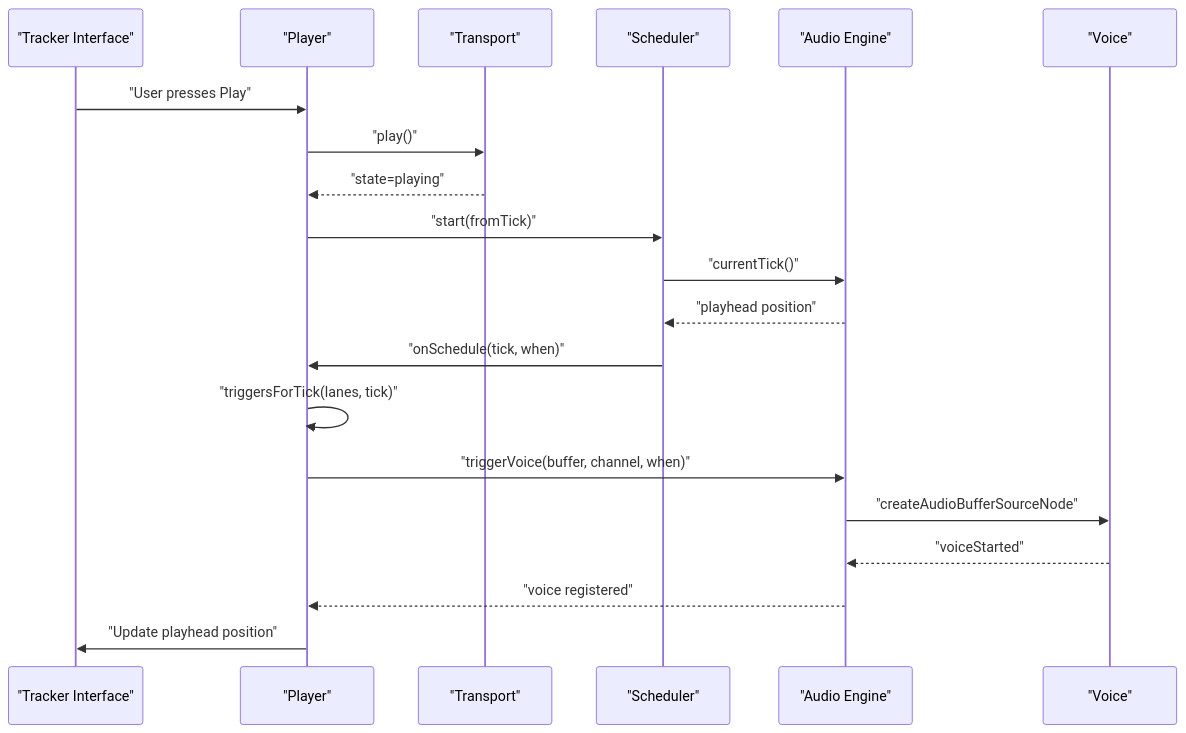
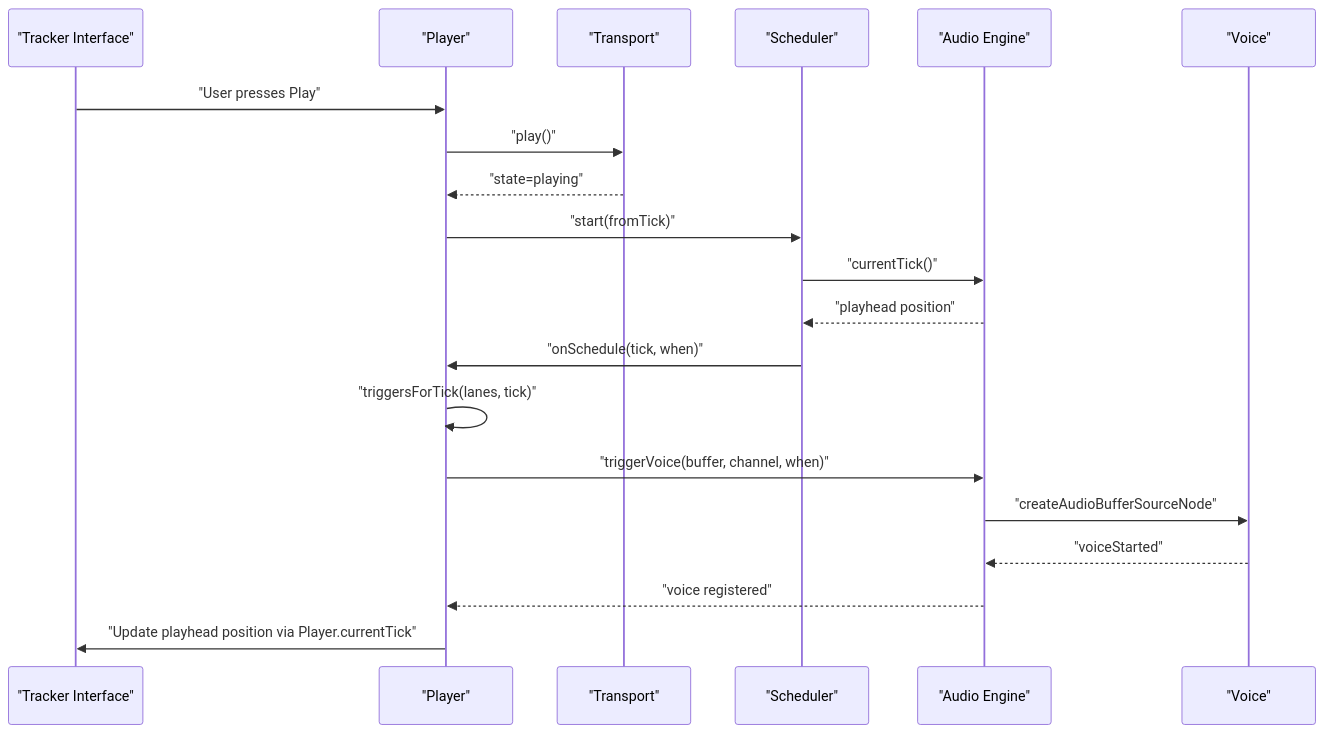
The second of 12 diagrams in .qoder/repowiki/en/content/Audio Engine/Audio Engine.md (satyrlord/mixjam-electron), drawn with Mermaid before and after one commit. The commit also changed other lines of this file and 7 other files, not shown here.

````diff
--- a/.qoder/repowiki/en/content/Audio Engine/Audio Engine.md
+++ b/.qoder/repowiki/en/content/Audio Engine/Audio Engine.md
@@ -165,22 +177,22 @@
 ```mermaid
 sequenceDiagram
 participant UI as "Tracker Interface"
 participant Player as "Player"
 participant Transport as "Transport"
 participant Scheduler as "Scheduler"
 participant Engine as "Audio Engine"
 participant Voice as "Voice"
 UI->>Player : "User presses Play"
 Player->>Transport : "play()"
 Transport-->>Player : "state=playing"
 Player->>Scheduler : "start(fromTick)"
 Scheduler->>Engine : "currentTick()"
 Engine-->>Scheduler : "playhead position"
 Scheduler->>Player : "onSchedule(tick, when)"
 Player->>Player : "triggersForTick(lanes, tick)"
 Player->>Engine : "triggerVoice(buffer, channel, when)"
 Engine->>Voice : "createAudioBufferSourceNode"
 Voice-->>Engine : "voiceStarted"
 Engine-->>Player : "voice registered"
-Player->>UI : "Update playhead position"
+Player->>UI : "Update playhead position via Player.currentTick"
 ```
````
